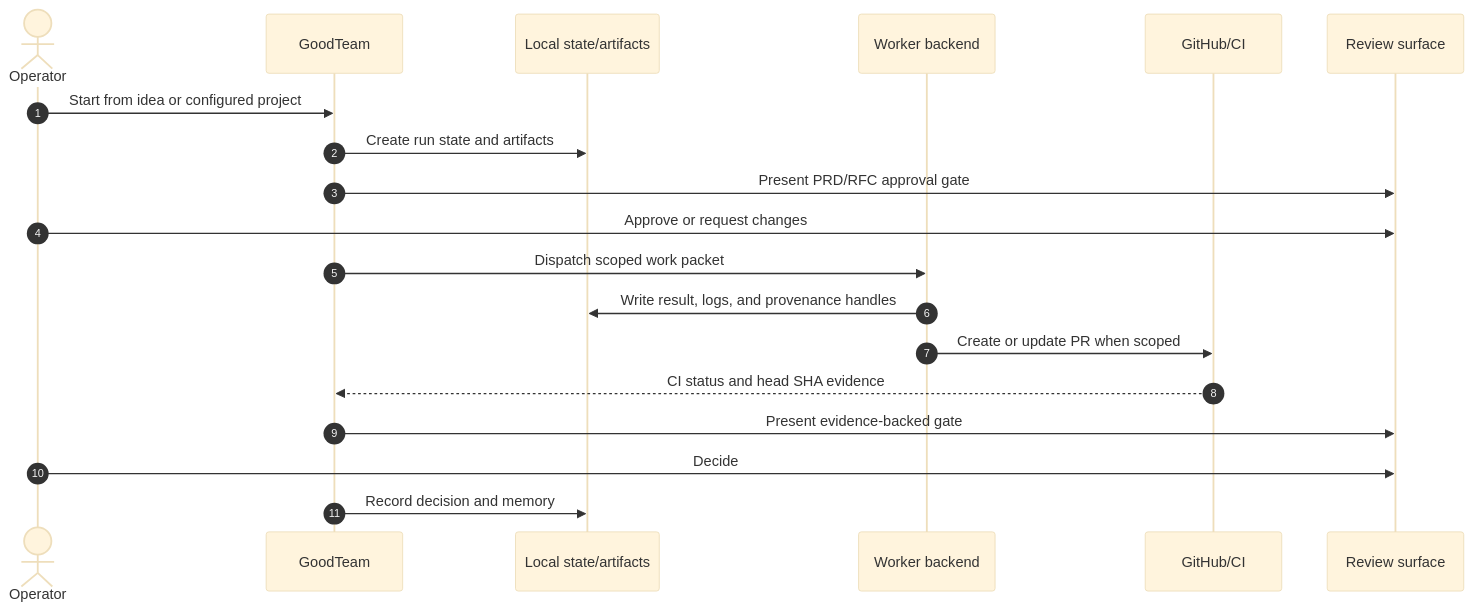
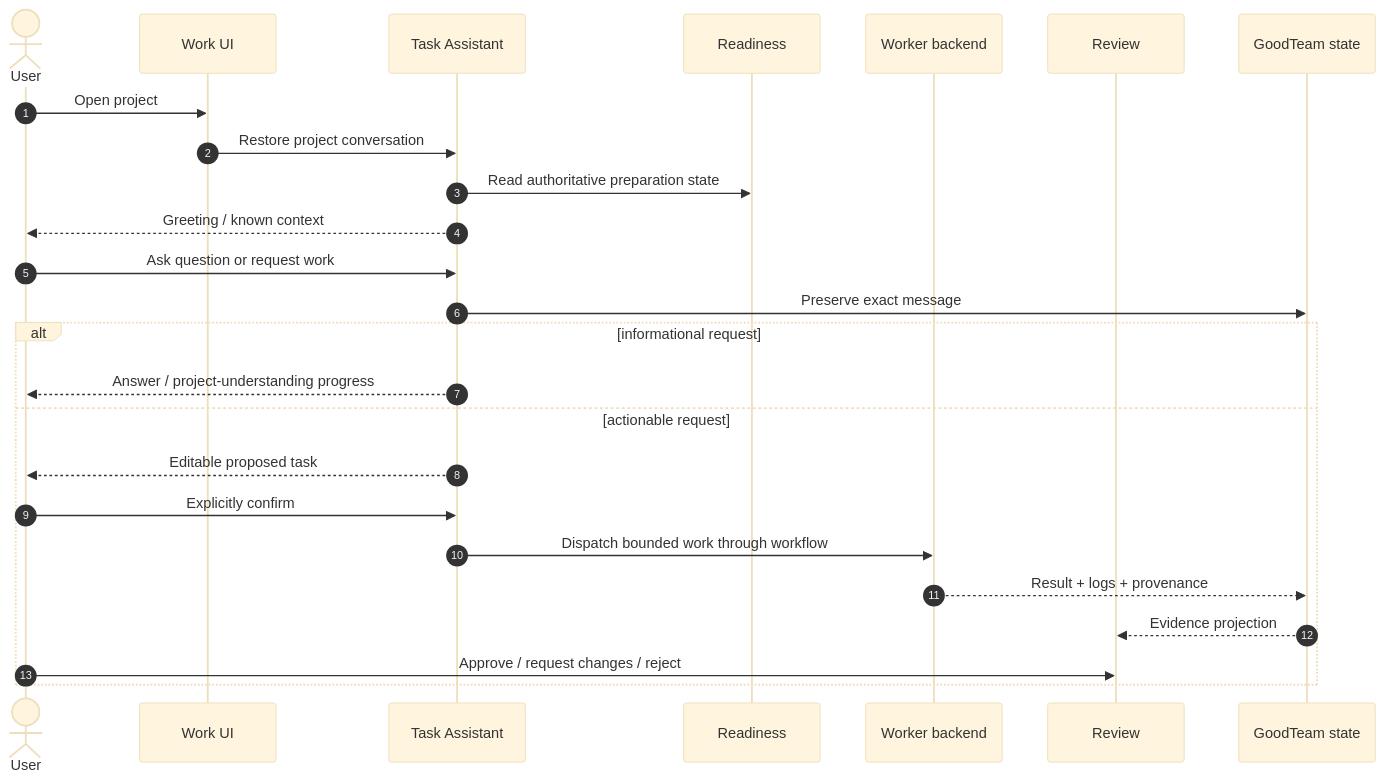
The third of 3 diagrams in docs/explainer.md (LukeJiaoR/GoodTeam), drawn with Mermaid (base theme) before and after one commit. The commit also changed other lines of this file, not shown here.

Commit message:
docs: refresh explainer for Task Assistant workflow

````diff
--- a/docs/explainer.md
+++ b/docs/explainer.md
@@ -145,22 +118,30 @@
 ```mermaid
 sequenceDiagram
     autonumber
-    actor User as Operator
-    participant GT as GoodTeam
-    participant Files as Local state/artifacts
+    actor User as User
+    participant Work as Work UI
+    participant TA as Task Assistant
+    participant Ready as Readiness
     participant Worker as Worker backend
-    participant GH as GitHub/CI
-    participant Review as Review surface
+    participant Review as Review
+    participant Ledger as GoodTeam state
 
-    User->>GT: Start from idea or configured project
-    GT->>Files: Create run state and artifacts
-    GT->>Review: Present PRD/RFC approval gate
-    User->>Review: Approve or request changes
-    GT->>Worker: Dispatch scoped work packet
-    Worker->>Files: Write result, logs, and provenance handles
-    Worker->>GH: Create or update PR when scoped
-    GH-->>GT: CI status and head SHA evidence
-    GT->>Review: Present evidence-backed gate
-    User->>Review: Decide
-    GT->>Files: Record decision and memory
+    User->>Work: Open project
+    Work->>TA: Restore project conversation
+    TA->>Ready: Read authoritative preparation state
+    TA-->>User: Greeting / known context
+
+    User->>TA: Ask question or request work
+    TA->>Ledger: Preserve exact message
+
+    alt informational request
+        TA-->>User: Answer / project-understanding progress
+    else actionable request
+        TA-->>User: Editable proposed task
+        User->>TA: Explicitly confirm
+        TA->>Worker: Dispatch bounded work through workflow
+        Worker-->>Ledger: Result + logs + provenance
+        Ledger-->>Review: Evidence projection
+        User->>Review: Approve / request changes / reject
+    end
 ```
````
